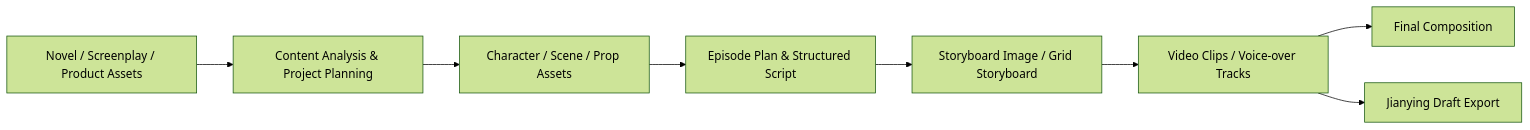
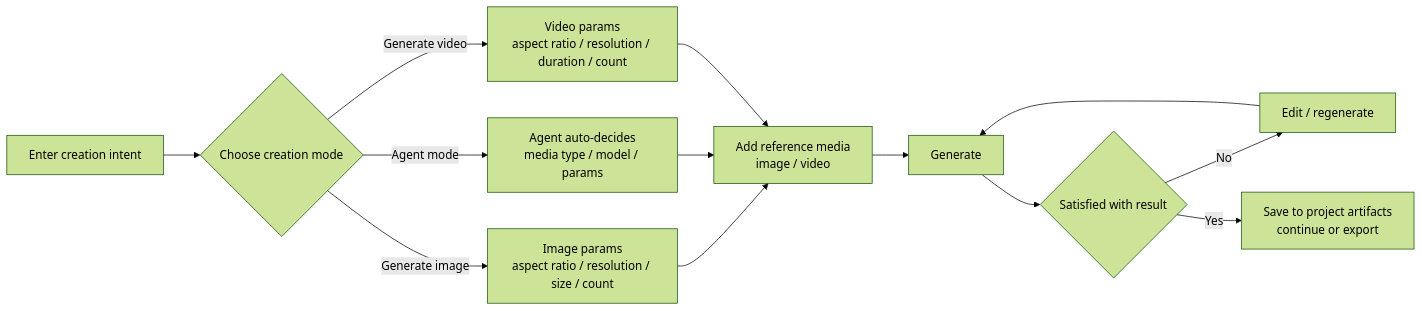
Before and after one commit to AtaraxyEcho/MatrixSpooll: the diagram in README.en.md, drawn with Mermaid (forest theme). The commit also changed other lines of this file and 4 other files, not shown here.

````diff
--- a/README.en.md
+++ b/README.en.md
@@ -55,10 +56,15 @@
 ```mermaid
 flowchart LR
-    A["Novel / Screenplay / Product Assets"] --> B["Content Analysis & Project Planning"]
-    B --> C["Character / Scene / Prop Assets"]
-    C --> D["Episode Plan & Structured Script"]
-    D --> E["Storyboard Image / Grid Storyboard"]
-    E --> F["Video Clips / Voice-over Tracks"]
-    F --> G["Final Composition"]
-    F --> H["Jianying Draft Export"]
+    A["Enter creation intent"] --> B{"Choose creation mode"}
+    B -- "Generate image" --> C["Image params<br/>aspect ratio / resolution / size / count"]
+    B -- "Agent mode" --> D["Agent auto-decides<br/>media type / model / params"]
+    B -- "Generate video" --> E["Video params<br/>aspect ratio / resolution / duration / count"]
+    C --> F["Add reference media<br/>image / video"]
+    D --> F
+    E --> F
+    F --> G["Generate"]
+    G --> H{"Satisfied with result"}
+    H -- "No" --> I["Edit / regenerate"]
+    I --> G
+    H -- "Yes" --> J["Save to project artifacts<br/>continue or export"]
 ```
````
